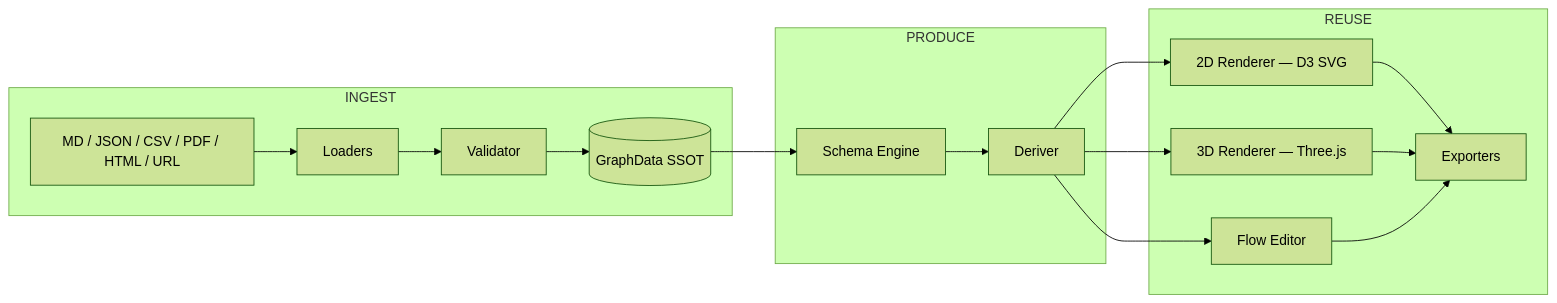
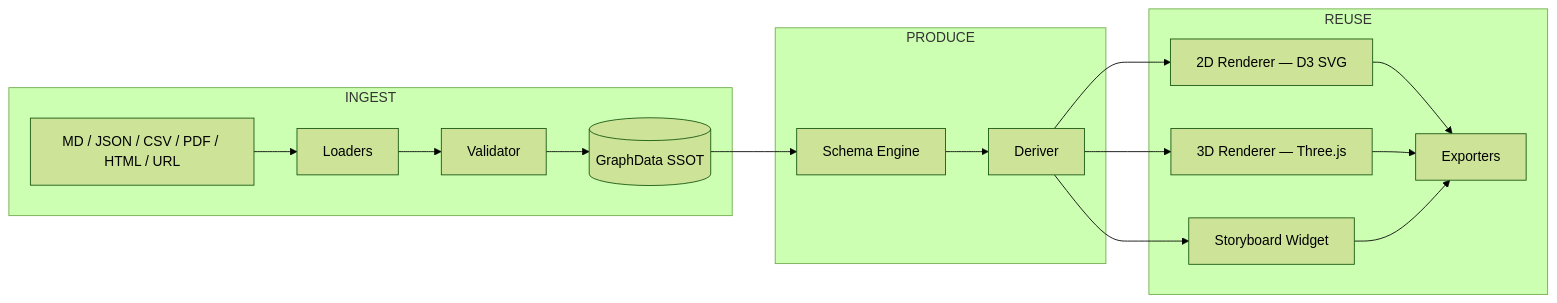
Before and after one commit to huijoohwee/knowgrph: the third of 3 diagrams in docs/documents/knowgrph-pitchdeck.md, drawn with Mermaid (forest theme). The commit also changed other lines of this file and 959 other files, not shown here.

Commit message:
feat: ship storyboard widget runtime

````diff
--- a/docs/documents/knowgrph-pitchdeck.md
+++ b/docs/documents/knowgrph-pitchdeck.md
@@ -300,18 +300,18 @@
 ```mermaid
 flowchart LR
   subgraph INGEST
     SRC[MD / JSON / CSV / PDF / HTML / URL] --> LD[Loaders]
     LD --> VAL[Validator]
     VAL --> GD[(GraphData SSOT)]
   end
   subgraph PRODUCE
     GD --> SCH[Schema Engine]
     SCH --> DER[Deriver]
   end
   subgraph REUSE
     DER --> R2D[2D Renderer — D3 SVG]
     DER --> R3D[3D Renderer — Three.js]
-    DER --> RFLOW[Flow Editor]
+    DER --> RFLOW[Storyboard Widget]
     R2D & R3D & RFLOW --> EXP[Exporters]
   end
 ```
````
